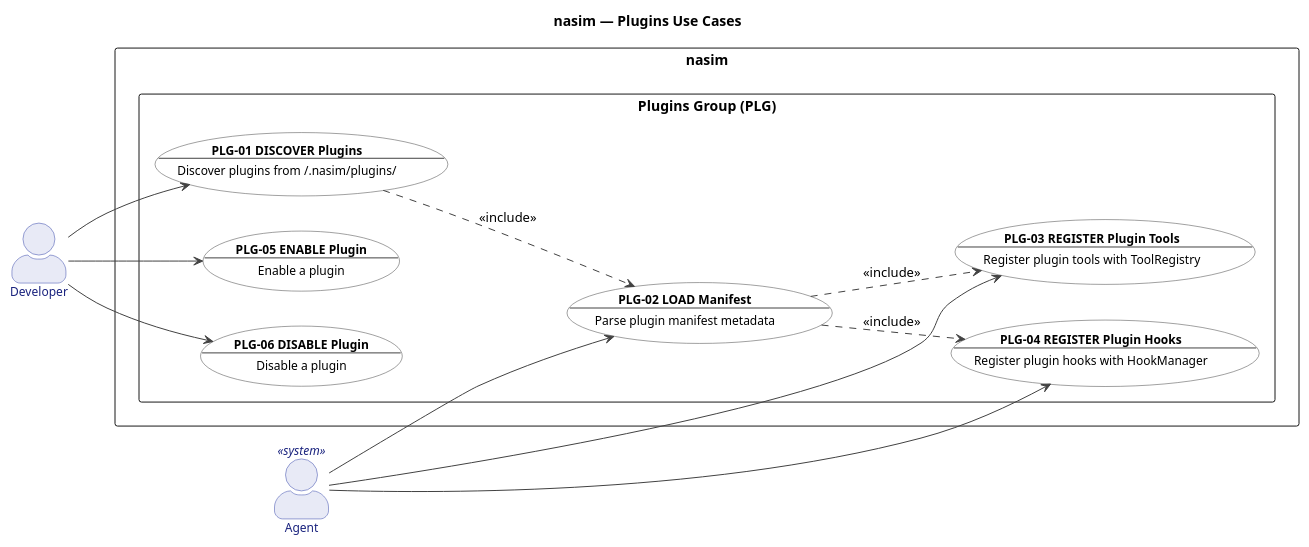
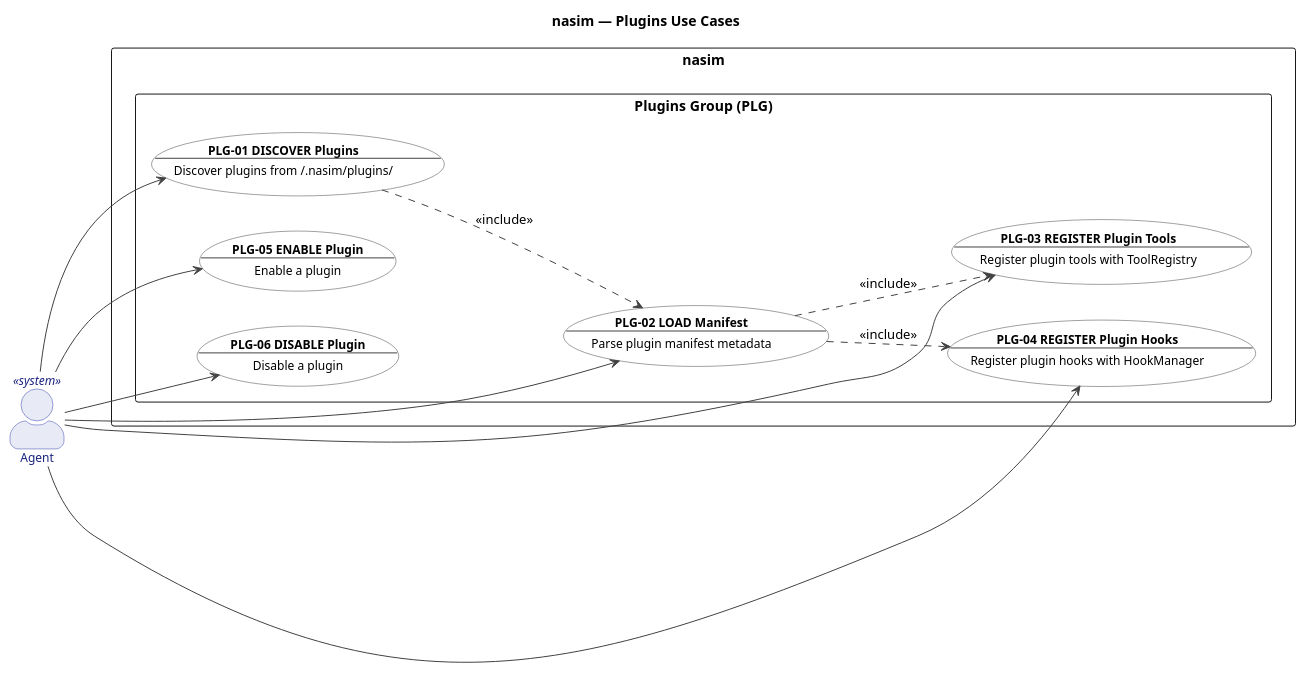
Before and after one commit to salimnamvar/nasim: diagram 20 of 22 in UC.md, drawn with PlantUML. The commit also changed other lines of this file and 9 other files, not shown here.

```diff
--- a/UC.md
+++ b/UC.md
@@ -1896,77 +1920,76 @@
 @startuml uc_plugins
 
 ' ============================================================
 ' Title:     nasim — UC: Plugins Group
 ' Group:     PLG (Plugins)
 ' Boundary:  nasim code agent
 ' Purpose:   Plugin discovery, loading, dynamic tool/hook registration
 ' Milestone: v1.0
 ' Version:   6.0.0
 ' Source:    docs/ENTITIES.md
 ' Review:    docs/audit/audit.2026.06.20.uc-layer.car.md
 ' ============================================================
 
 left to right direction
 
 title nasim — Plugins Use Cases
 
 skinparam actorStyle awesome
 skinparam packageStyle rectangle
 
 skinparam usecase {
   BackgroundColor #FFFFFF
   BorderColor #424242
   FontColor #000000
   ArrowColor #424242
   FontSize 12
 }
 
 skinparam actor {
   BackgroundColor #E8EAF6
   BorderColor #3949AB
   FontColor #1A237E
   FontSize 12
 }
 
 ' ============================================================
 ' Actors
 ' ============================================================
 
-actor "Developer" as Developer
 actor "Agent" as Agent <<system>>
 
 ' ============================================================
 ' System Boundary
 ' ============================================================
 
 rectangle "nasim" {
   package "Plugins Group (PLG)" {
     usecase "**PLG-01 DISCOVER Plugins**\n--\nDiscover plugins from ~/.nasim/plugins/" as PLG01
     usecase "**PLG-02 LOAD Manifest**\n--\nParse plugin manifest metadata" as PLG02
     usecase "**PLG-03 REGISTER Plugin Tools**\n--\nRegister plugin tools with ToolRegistry" as PLG03
     usecase "**PLG-04 REGISTER Plugin Hooks**\n--\nRegister plugin hooks with HookManager" as PLG04
     usecase "**PLG-05 ENABLE Plugin**\n--\nEnable a plugin" as PLG05
     usecase "**PLG-06 DISABLE Plugin**\n--\nDisable a plugin" as PLG06
   }
 }
 
 ' ============================================================
 ' Actor -> Use Case Associations
 ' ============================================================
 
-Developer --> PLG01
-Developer --> PLG05
-Developer --> PLG06
+Agent --> PLG01
 Agent --> PLG02
 Agent --> PLG03
 Agent --> PLG04
+Agent --> PLG05
+Agent --> PLG06
 
 ' ============================================================
 ' Relationships
 ' ============================================================
 
 PLG01 ..> PLG02 : <<include>>
 PLG02 ..> PLG03 : <<include>>
 PLG02 ..> PLG04 : <<include>>
 
 @enduml
```
